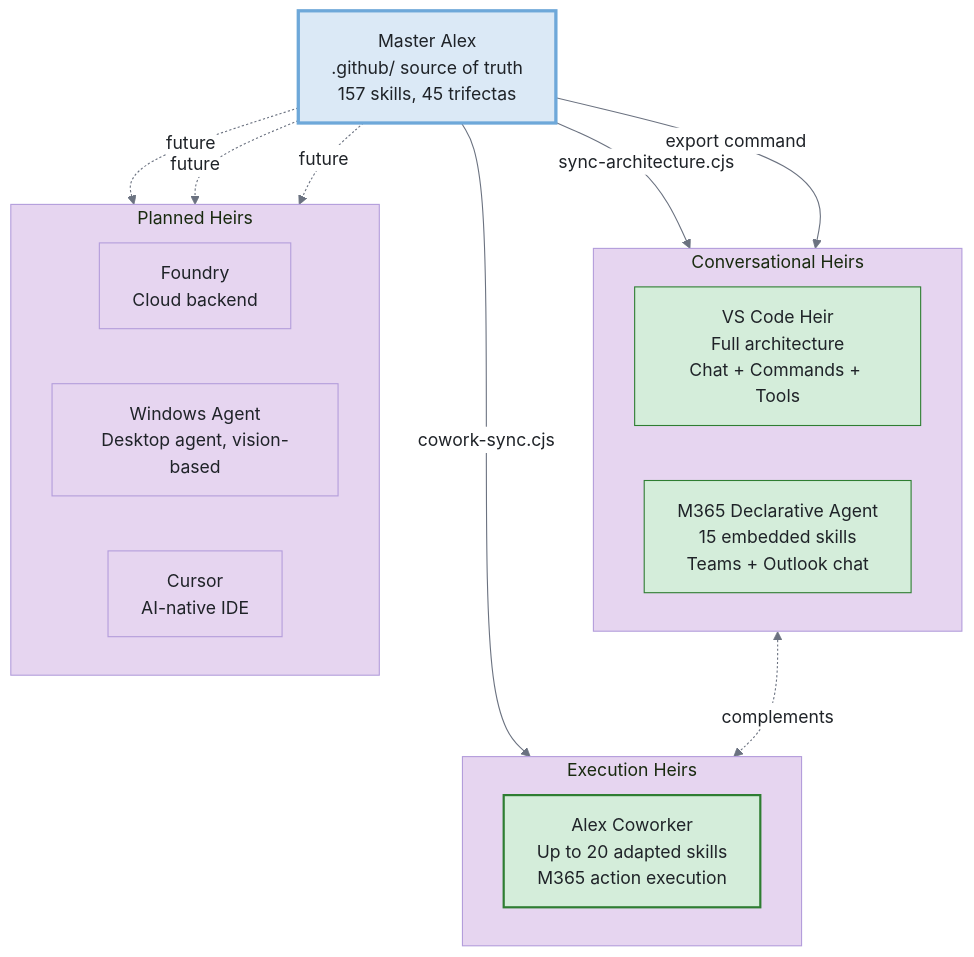
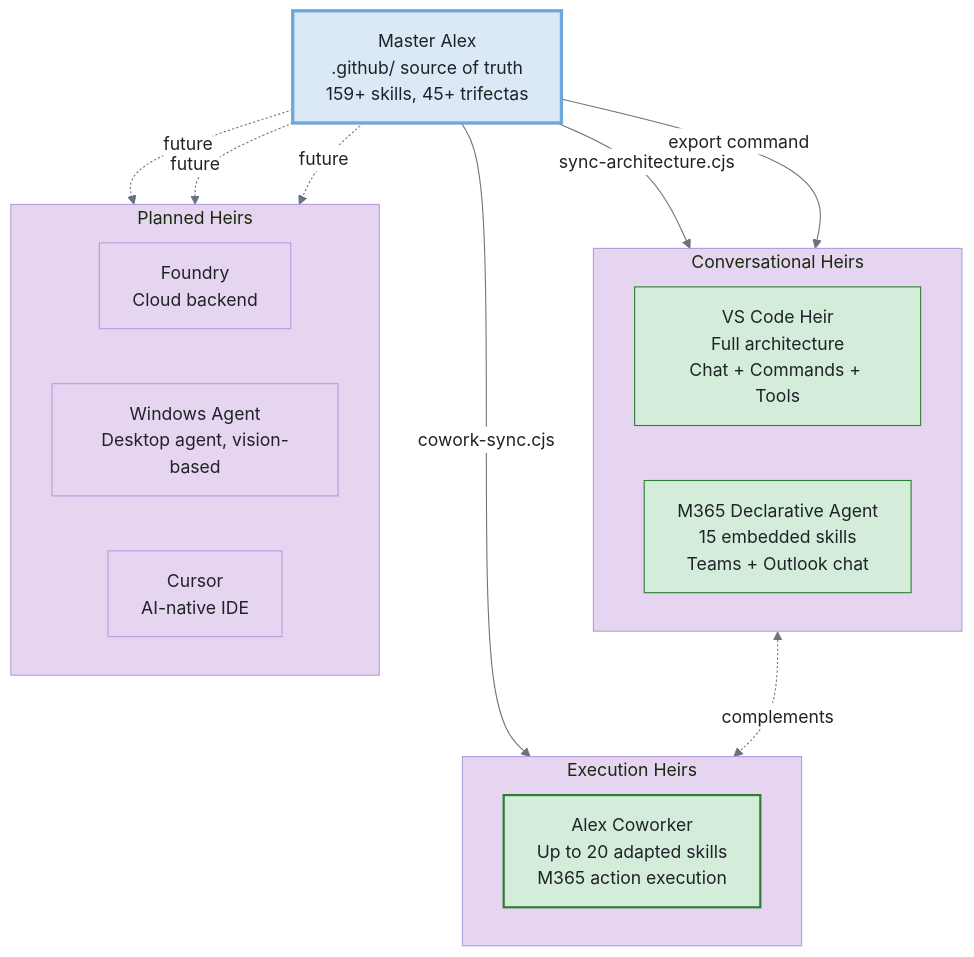
One commit to fabioc-aloha/Alex_Plug_In changed the first of 8 diagrams in alex_docs/cowork/ARCHITECTURE.md. Above: the diagram before and after it, drawn with Mermaid. The commit also changed other lines of this file and 8 other files, not shown here.

````diff
--- a/alex_docs/cowork/ARCHITECTURE.md
+++ b/alex_docs/cowork/ARCHITECTURE.md
@@ -21,40 +21,40 @@
 ```mermaid
 %%{init: {'theme': 'base', 'themeVariables': {'background': '#f8f9fa', 'primaryColor': '#dbe9f6', 'primaryTextColor': '#1f2328', 'primaryBorderColor': '#6ea8d9', 'lineColor': '#6b7280', 'secondaryColor': '#d4f5f7', 'secondaryBorderColor': '#5ab5a0', 'tertiaryColor': '#e6d5f0', 'tertiaryBorderColor': '#b39ddb', 'edgeLabelBackground': '#ffffff', 'fontFamily': 'Segoe UI, system-ui, sans-serif'}}}%%
 flowchart TD
-    MASTER["Master Alex<br/>.github/ source of truth<br/>157 skills, 45 trifectas"]
+    MASTER["Master Alex<br/>.github/ source of truth<br/>159+ skills, 45+ trifectas"]
 
     subgraph CONV["Conversational Heirs"]
         direction LR
         VSCODE["VS Code Heir<br/>Full architecture<br/>Chat + Commands + Tools"]
         M365["M365 Declarative Agent<br/>15 embedded skills<br/>Teams + Outlook chat"]
     end
 
     subgraph EXEC["Execution Heirs"]
         direction LR
         COWORK["Alex Coworker<br/>Up to 20 adapted skills<br/>M365 action execution"]
     end
 
     subgraph PLANNED["Planned Heirs"]
         direction LR
         FOUNDRY["Foundry<br/>Cloud backend"]
         WINAGENT["Windows Agent<br/>Desktop agent, vision-based"]
         CURSOR["Cursor<br/>AI-native IDE"]
     end
 
     MASTER -->|sync-architecture.cjs| VSCODE
     MASTER -->|export command| M365
     MASTER -->|cowork-sync.cjs| COWORK
     MASTER -.->|future| FOUNDRY
     MASTER -.->|future| WINAGENT
     MASTER -.->|future| CURSOR
 
     M365 <-.->|complements| COWORK
 
     style MASTER fill:#dbe9f6,stroke:#6ea8d9,color:#1f2328,stroke-width:3px
     style COWORK fill:#d4edda,stroke:#2e7d32,color:#1f2328,stroke-width:2px
     style VSCODE fill:#d4edda,stroke:#2e7d32,color:#1f2328
     style M365 fill:#d4edda,stroke:#2e7d32,color:#1f2328
     style FOUNDRY fill:#e6d5f0,stroke:#b39ddb,color:#1f2328
     style WINAGENT fill:#e6d5f0,stroke:#b39ddb,color:#1f2328
     style CURSOR fill:#e6d5f0,stroke:#b39ddb,color:#1f2328
 ```
````
